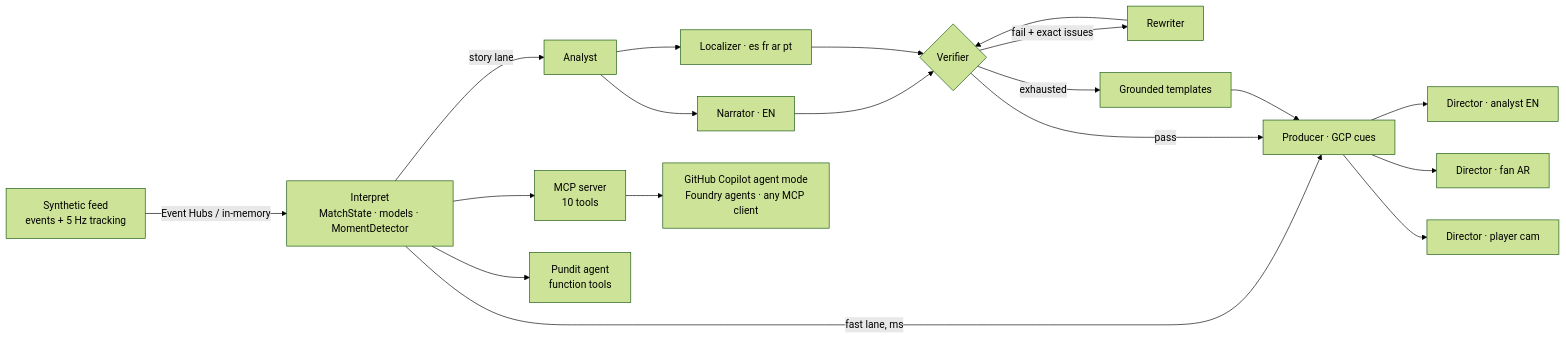
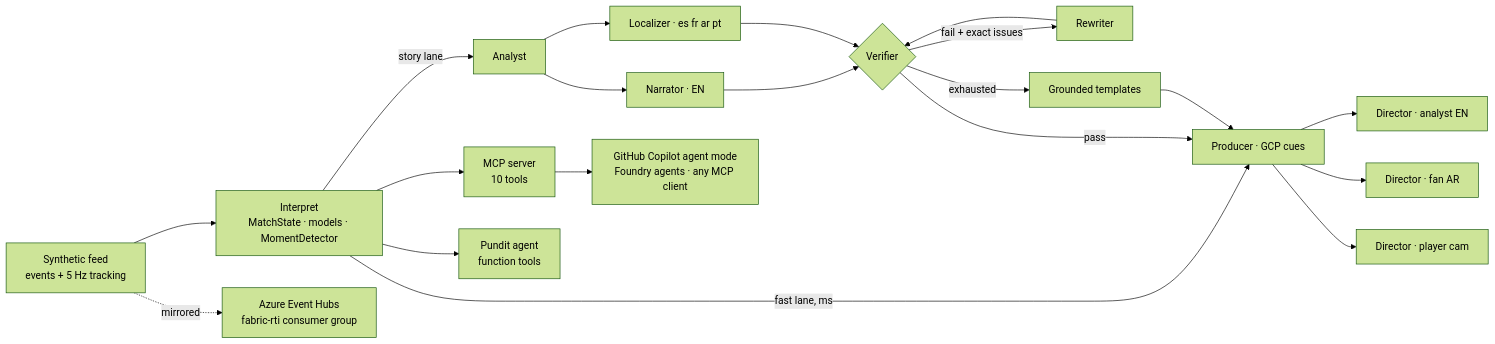
The diagram in README.md (iSharaf6/regista), drawn with Mermaid (forest theme) before and after one commit. The commit also changed other lines of this file and 24 other files, not shown here.

Commit message:
Verifier trusts match data only; stale-result guard; live ingest in replay order; feed token; explore API; held-out eval vs single agent

````diff
--- a/README.md
+++ b/README.md
@@ -42,15 +42,16 @@
 ```mermaid
 flowchart LR
-  F[Synthetic feed<br/>events + 5 Hz tracking] -->|Event Hubs / in-memory| I[Interpret<br/>MatchState · models · MomentDetector]
+  F[Synthetic feed<br/>events + 5 Hz tracking] --> I[Interpret<br/>MatchState · models · MomentDetector]
+  F -.->|mirrored| EH[Azure Event Hubs<br/>fabric-rti consumer group]
   I -->|fast lane, ms| P[Producer · GCP cues]
   I -->|story lane| A[Analyst]
   A --> N[Narrator · EN] --> V{Verifier}
   A --> L[Localizer · es fr ar pt] --> V
   V -->|fail + exact issues| R[Rewriter] --> V
   V -->|exhausted| T[Grounded templates]
   V -->|pass| P
   T --> P
   P --> D1[Director · analyst EN] & D2[Director · fan AR] & D3[Director · player cam]
   I --> M[MCP server<br/>10 tools] --> C[GitHub Copilot agent mode<br/>Foundry agents · any MCP client]
   I --> Q[Pundit agent<br/>function tools]
 ```
````
